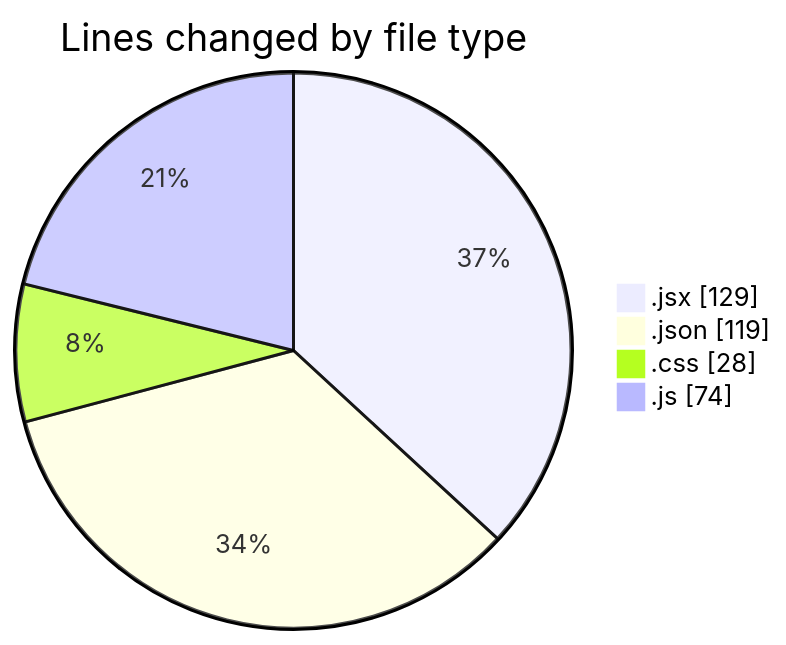
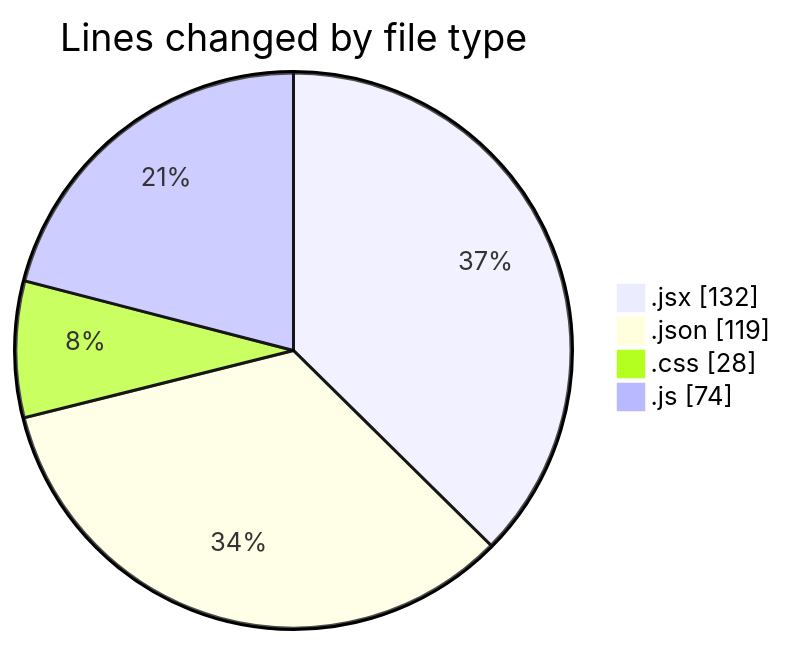
One commit to Elitesun/code-tracking changed the first of 2 diagrams in 2025-01-24/react/README.md. Above: the diagram before and after it, drawn with Mermaid. The commit also changed other lines of this file and 1 other file, not shown here.

````diff
--- a/2025-01-24/react/README.md
+++ b/2025-01-24/react/README.md
@@ -28,8 +28,8 @@
 ```mermaid
 pie showData
 title Lines changed by file type
-".jsx" : 129
+".jsx" : 132
 ".json" : 119
 ".css" : 28
 ".js" : 74
 ```
````
